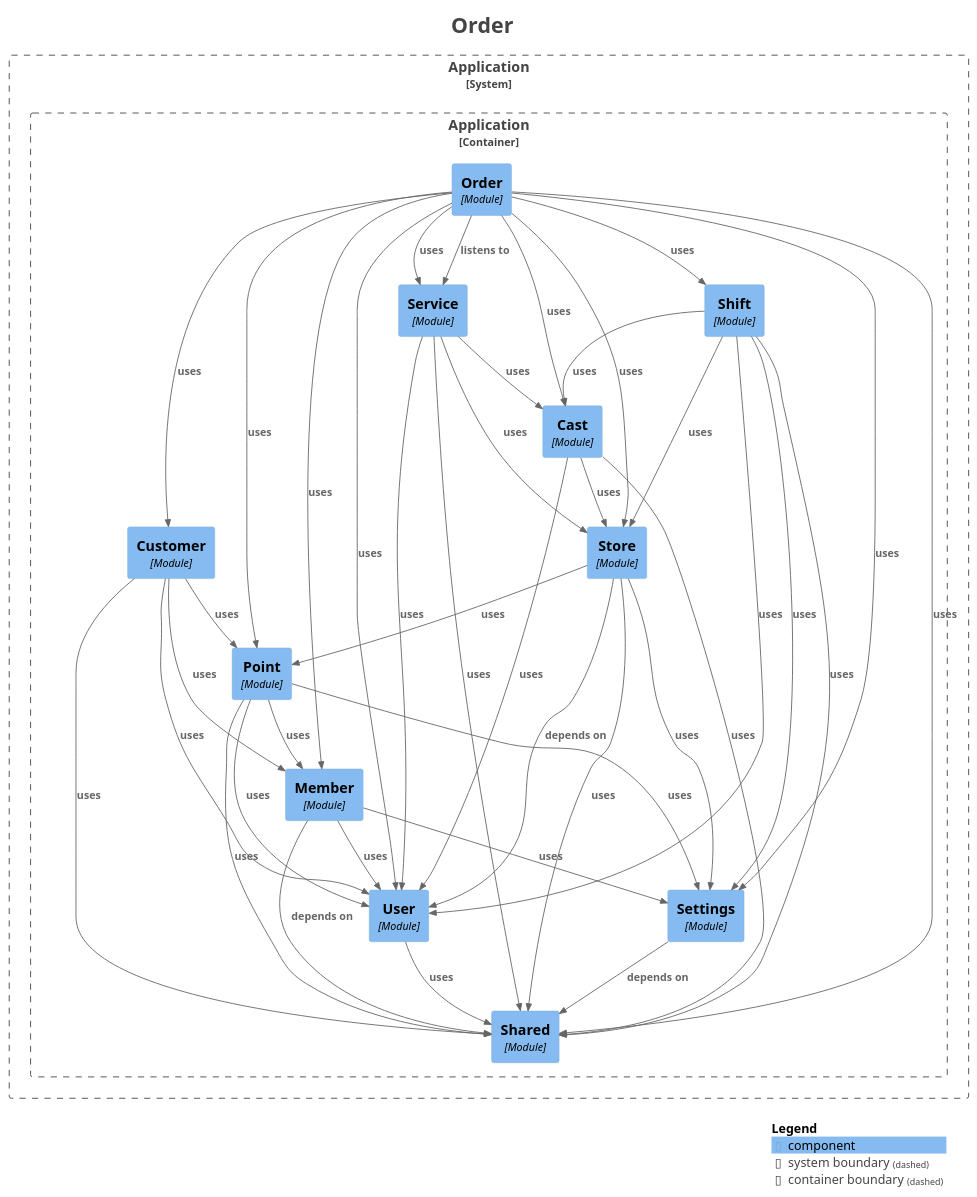
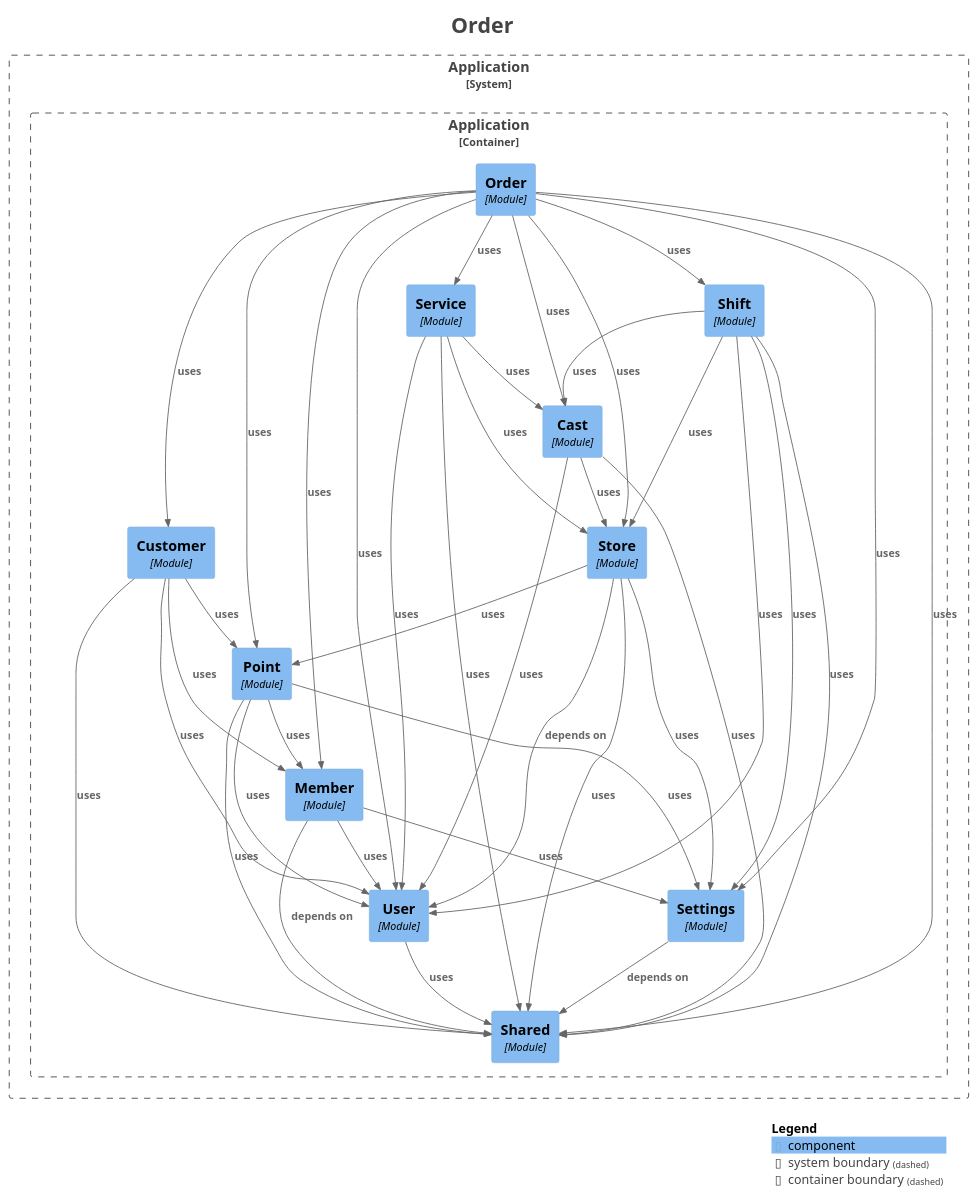
Before and after one commit to kanghouchao/Kizuna: the diagram in backend/docs/modulith/module-order.puml, drawn with PlantUML. The commit also changed 10 other files, not shown here.

```diff
--- a/backend/docs/modulith/module-order.puml
+++ b/backend/docs/modulith/module-order.puml
@@ -1,78 +1,77 @@
 @startuml
 title <size:24>Order</size>
 
 set separator none
 top to bottom direction
 
 <style>
   root {
     BackgroundColor: #ffffff
     FontColor: #444444
   }
 </style>
 
 !include <C4/C4>
 !include <C4/C4_Context>
 !include <C4/C4_Component>
 
 System_Boundary("Application_boundary", "Application", $tags="") {
   Container_Boundary("Application.Application_boundary", "Application", $tags="") {
     Component(Application.Application.Point, "Point", $techn="Module", $descr="", $tags="", $link="")
     Component(Application.Application.Customer, "Customer", $techn="Module", $descr="", $tags="", $link="")
     Component(Application.Application.Store, "Store", $techn="Module", $descr="", $tags="", $link="")
     Component(Application.Application.Cast, "Cast", $techn="Module", $descr="", $tags="", $link="")
     Component(Application.Application.Service, "Service", $techn="Module", $descr="", $tags="", $link="")
     Component(Application.Application.Shift, "Shift", $techn="Module", $descr="", $tags="", $link="")
     Component(Application.Application.Order, "Order", $techn="Module", $descr="", $tags="", $link="")
     Component(Application.Application.Shared, "Shared", $techn="Module", $descr="", $tags="", $link="")
     Component(Application.Application.Settings, "Settings", $techn="Module", $descr="", $tags="", $link="")
     Component(Application.Application.User, "User", $techn="Module", $descr="", $tags="", $link="")
     Component(Application.Application.Member, "Member", $techn="Module", $descr="", $tags="", $link="")
   }
 
 }
 
 Rel(Application.Application.Customer, Application.Application.Member, "uses", $techn="", $tags="", $link="")
 Rel(Application.Application.Customer, Application.Application.User, "uses", $techn="", $tags="", $link="")
 Rel(Application.Application.Customer, Application.Application.Shared, "uses", $techn="", $tags="", $link="")
 Rel(Application.Application.Customer, Application.Application.Point, "uses", $techn="", $tags="", $link="")
 Rel(Application.Application.Cast, Application.Application.User, "uses", $techn="", $tags="", $link="")
 Rel(Application.Application.Cast, Application.Application.Store, "uses", $techn="", $tags="", $link="")
 Rel(Application.Application.Cast, Application.Application.Shared, "uses", $techn="", $tags="", $link="")
 Rel(Application.Application.Order, Application.Application.Shared, "uses", $techn="", $tags="", $link="")
 Rel(Application.Application.Order, Application.Application.Point, "uses", $techn="", $tags="", $link="")
 Rel(Application.Application.Order, Application.Application.Member, "uses", $techn="", $tags="", $link="")
 Rel(Application.Application.Order, Application.Application.User, "uses", $techn="", $tags="", $link="")
 Rel(Application.Application.Order, Application.Application.Settings, "uses", $techn="", $tags="", $link="")
 Rel(Application.Application.Order, Application.Application.Cast, "uses", $techn="", $tags="", $link="")
 Rel(Application.Application.Order, Application.Application.Store, "uses", $techn="", $tags="", $link="")
 Rel(Application.Application.Order, Application.Application.Shift, "uses", $techn="", $tags="", $link="")
 Rel(Application.Application.Order, Application.Application.Customer, "uses", $techn="", $tags="", $link="")
 Rel(Application.Application.Shift, Application.Application.Settings, "uses", $techn="", $tags="", $link="")
 Rel(Application.Application.Shift, Application.Application.Cast, "uses", $techn="", $tags="", $link="")
 Rel(Application.Application.Shift, Application.Application.User, "uses", $techn="", $tags="", $link="")
 Rel(Application.Application.Shift, Application.Application.Store, "uses", $techn="", $tags="", $link="")
 Rel(Application.Application.Shift, Application.Application.Shared, "uses", $techn="", $tags="", $link="")
 Rel(Application.Application.Point, Application.Application.Shared, "uses", $techn="", $tags="", $link="")
 Rel(Application.Application.Point, Application.Application.User, "uses", $techn="", $tags="", $link="")
 Rel(Application.Application.Point, Application.Application.Member, "uses", $techn="", $tags="", $link="")
 Rel(Application.Application.Point, Application.Application.Settings, "uses", $techn="", $tags="", $link="")
 Rel(Application.Application.Store, Application.Application.User, "depends on", $techn="", $tags="", $link="")
 Rel(Application.Application.Store, Application.Application.Point, "uses", $techn="", $tags="", $link="")
 Rel(Application.Application.Store, Application.Application.Settings, "uses", $techn="", $tags="", $link="")
 Rel(Application.Application.Store, Application.Application.Shared, "uses", $techn="", $tags="", $link="")
 Rel(Application.Application.Settings, Application.Application.Shared, "depends on", $techn="", $tags="", $link="")
 Rel(Application.Application.User, Application.Application.Shared, "uses", $techn="", $tags="", $link="")
 Rel(Application.Application.Member, Application.Application.Shared, "depends on", $techn="", $tags="", $link="")
 Rel(Application.Application.Member, Application.Application.Settings, "uses", $techn="", $tags="", $link="")
 Rel(Application.Application.Member, Application.Application.User, "uses", $techn="", $tags="", $link="")
 Rel(Application.Application.Order, Application.Application.Service, "uses", $techn="", $tags="", $link="")
 Rel(Application.Application.Service, Application.Application.Shared, "uses", $techn="", $tags="", $link="")
 Rel(Application.Application.Service, Application.Application.Cast, "uses", $techn="", $tags="", $link="")
 Rel(Application.Application.Service, Application.Application.User, "uses", $techn="", $tags="", $link="")
 Rel(Application.Application.Service, Application.Application.Store, "uses", $techn="", $tags="", $link="")
-Rel(Application.Application.Order, Application.Application.Service, "listens to", $techn="", $tags="", $link="")
 
 SHOW_LEGEND(true)
 hide stereotypes
 @enduml
```
